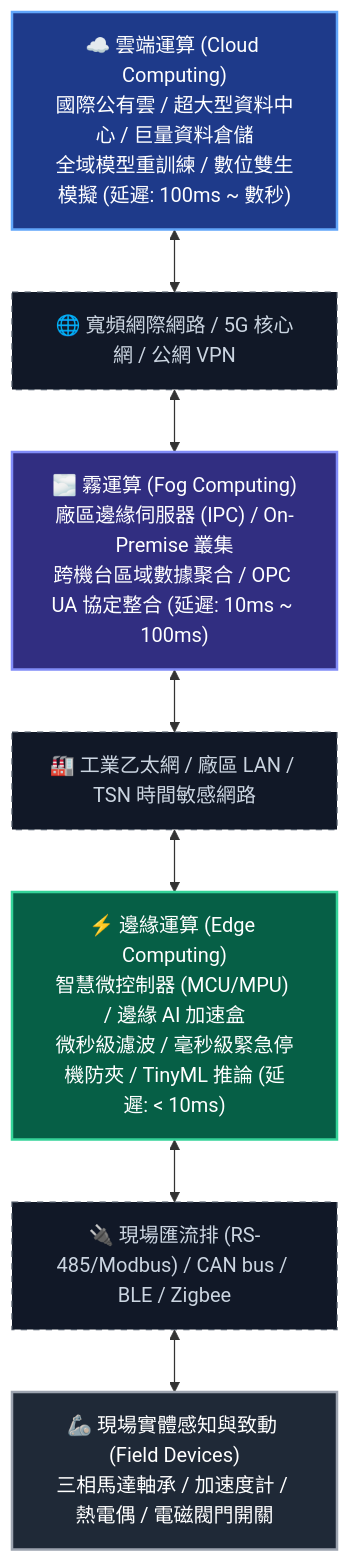
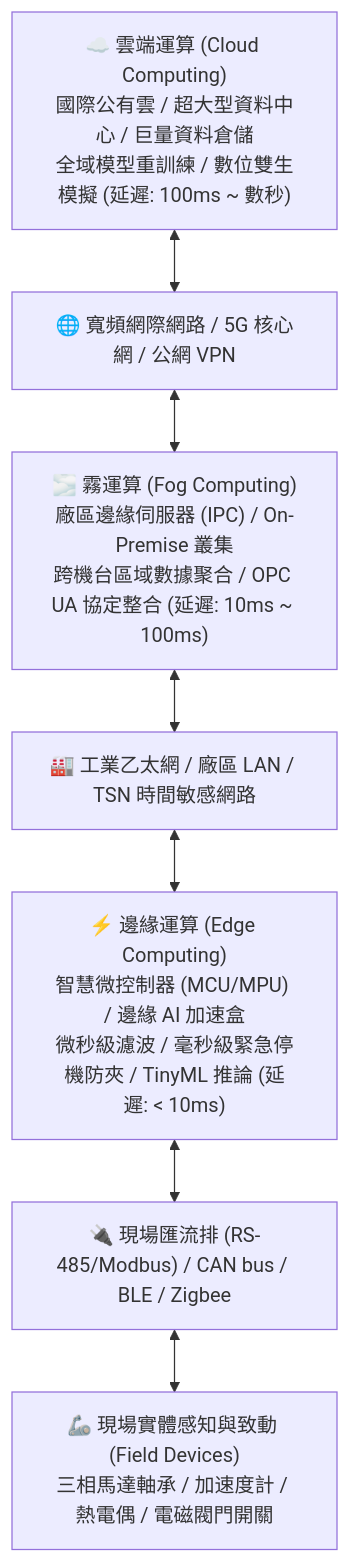
One commit to ta-lang/iPAS_Test changed the second of 5 diagrams in exam/notes/aiot/s1_AIoT基礎概論/L112_AIoT基礎與架構.md. Above: the diagram before and after it, drawn with Mermaid. The commit also changed other lines of this file and 16 other files, not shown here.

Commit message:
fix(mermaid): remove hardcoded styles, add high-contrast theme CSS, and forbid color styling in SOP

````diff
--- a/exam/notes/aiot/s1_AIoT基礎概論/L112_AIoT基礎與架構.md
+++ b/exam/notes/aiot/s1_AIoT基礎概論/L112_AIoT基礎與架構.md
@@ -64,20 +54,13 @@
 ```mermaid
 flowchart TB
     C["☁️ 雲端運算 (Cloud Computing)<br>國際公有雲 / 超大型資料中心 / 巨量資料倉儲<br>全域模型重訓練 / 數位雙生模擬 (延遲: 100ms ~ 數秒)"]
     WAN["🌐 寬頻網際網路 / 5G 核心網 / 公網 VPN"]
     F["🌫️ 霧運算 (Fog Computing)<br>廠區邊緣伺服器 (IPC) / On-Premise 叢集<br>跨機台區域數據聚合 / OPC UA 協定整合 (延遲: 10ms ~ 100ms)"]
     LAN["🏭 工業乙太網 / 廠區 LAN / TSN 時間敏感網路"]
     E["⚡ 邊緣運算 (Edge Computing)<br>智慧微控制器 (MCU/MPU) / 邊緣 AI 加速盒<br>微秒級濾波 / 毫秒級緊急停機防夾 / TinyML 推論 (延遲: < 10ms)"]
     BUS["🔌 現場匯流排 (RS-485/Modbus) / CAN bus / BLE / Zigbee"]
     DEV["🦾 現場實體感知與致動 (Field Devices)<br>三相馬達軸承 / 加速度計 / 熱電偶 / 電磁閥門開關"]
 
     C <--> WAN <--> F <--> LAN <--> E <--> BUS <--> DEV
 
-    style C fill:#1e3a8a,stroke:#60a5fa,stroke-width:2px,color:#fff
-    style F fill:#312e81,stroke:#818cf8,stroke-width:2px,color:#fff
-    style E fill:#065f46,stroke:#34d399,stroke-width:2px,color:#fff
-    style DEV fill:#1f2937,stroke:#9ca3af,stroke-width:2px,color:#fff
-    style WAN fill:#111827,stroke:#4b5563,stroke-dasharray: 5 5,color:#cbd5e1
-    style LAN fill:#111827,stroke:#4b5563,stroke-dasharray: 5 5,color:#cbd5e1
-    style BUS fill:#111827,stroke:#4b5563,stroke-dasharray: 5 5,color:#cbd5e1
 ```
````
